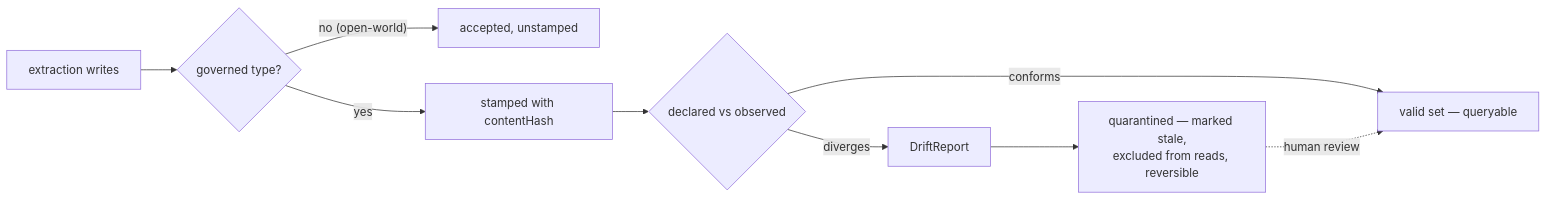
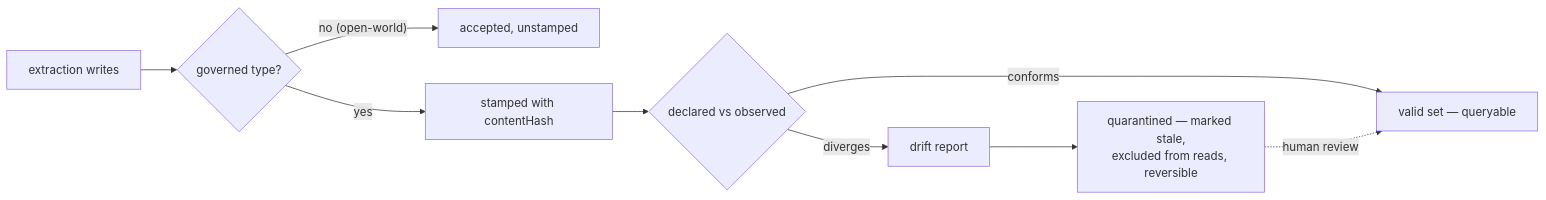
One commit to embabel/dice changed the diagram in specs/competitive-positioning.md. Above: the diagram before and after it, drawn with Mermaid. The commit also changed other lines of this file, not shown here.

````diff
--- a/specs/competitive-positioning.md
+++ b/specs/competitive-positioning.md
@@ -167,11 +193,11 @@
 ```mermaid
 flowchart LR
     W["extraction writes"] --> Q{"governed type?"}
     Q -->|"no (open-world)"| ACC["accepted, unstamped"]
     Q -->|yes| ST["stamped with contentHash"]
     ST --> D{"declared vs observed"}
     D -->|conforms| VALID["valid set — queryable"]
-    D -->|"diverges"| DR["DriftReport"]
+    D -->|"diverges"| DR["drift report"]
     DR --> QU["quarantined — marked stale,<br/>excluded from reads, reversible"]
     QU -.->|"human review"| VALID
 ```
````
